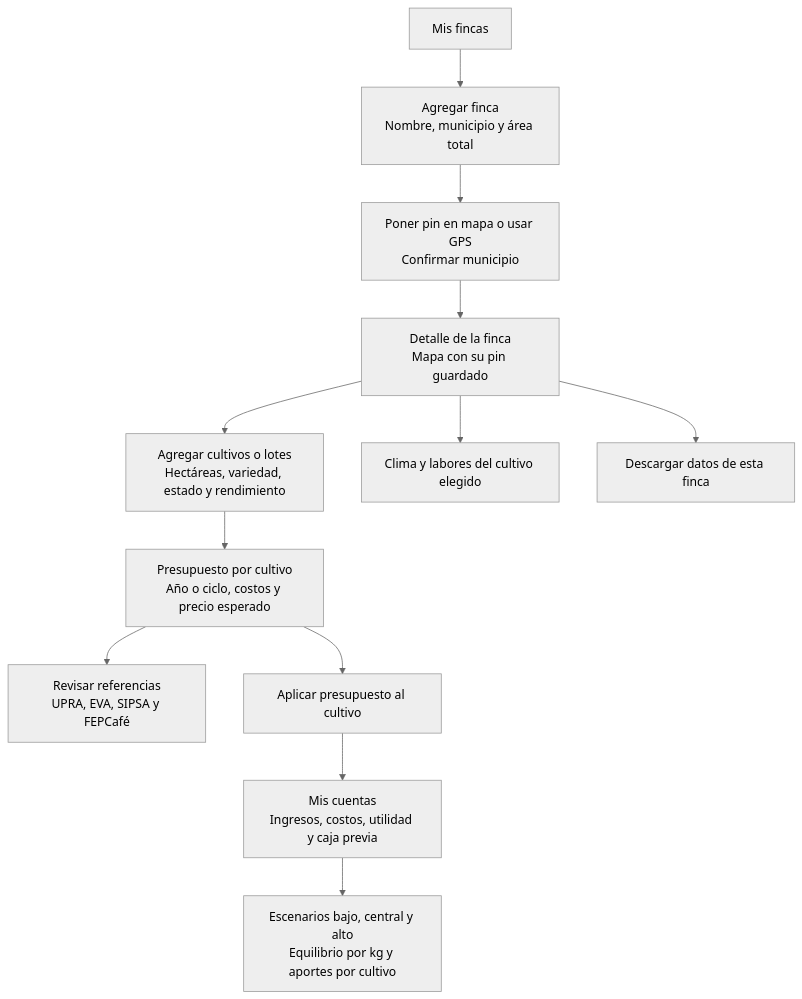
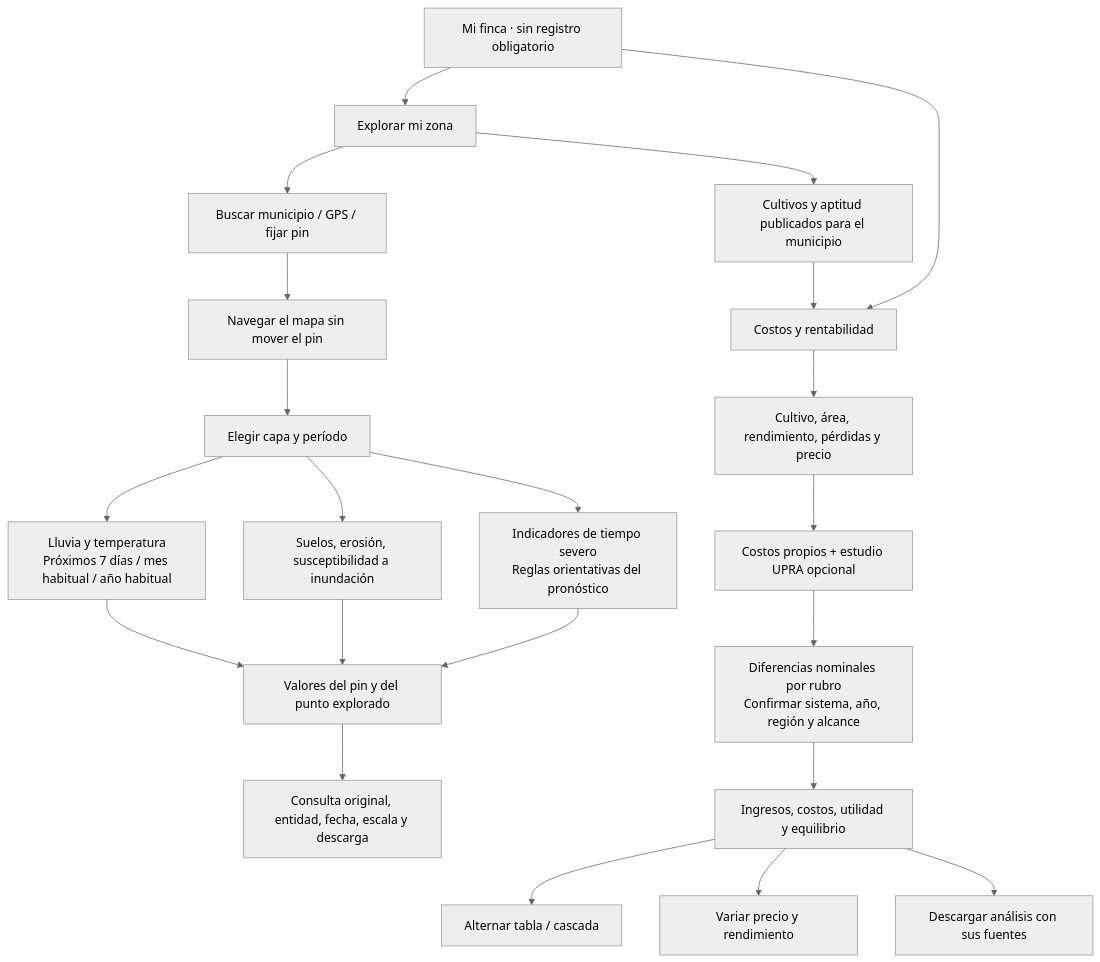
The fifth of 5 diagrams in docs/ARCHITECTURE.md (ethanrimes/agro-amigo-monorepo), drawn with Mermaid (neutral theme) before and after one commit. The commit also changed other lines of this file and 31 other files, not shown here.

Commit message:
Convierte Mi finca en un explorador territorial y análisis de rentabilidad

````diff
--- a/docs/ARCHITECTURE.md
+++ b/docs/ARCHITECTURE.md
@@ -86,14 +86,21 @@
 ```mermaid
 flowchart TD
-    lista["Mis fincas"] --> registro["Agregar finca<br/>Nombre, municipio y área total"]
-    registro --> ubicacion["Poner pin en mapa o usar GPS<br/>Confirmar municipio"]
-    ubicacion --> detalle["Detalle de la finca<br/>Mapa con su pin guardado"]
-    detalle --> cultivos["Agregar cultivos o lotes<br/>Hectáreas, variedad, estado y rendimiento"]
-    cultivos --> presupuesto["Presupuesto por cultivo<br/>Año o ciclo, costos y precio esperado"]
-    presupuesto --> evidencia["Revisar referencias<br/>UPRA, EVA, SIPSA y FEPCafé"]
-    presupuesto --> aplicar["Aplicar presupuesto al cultivo"]
-    aplicar --> resumen["Mis cuentas<br/>Ingresos, costos, utilidad y caja previa"]
-    resumen --> escenarios["Escenarios bajo, central y alto<br/>Equilibrio por kg y aportes por cultivo"]
-    detalle --> labores["Clima y labores del cultivo elegido"]
-    detalle --> exportar["Descargar datos de esta finca"]
+    entrada["Mi finca · sin registro obligatorio"] --> zona["Explorar mi zona"]
+    zona --> ubicar["Buscar municipio / GPS / fijar pin"]
+    ubicar --> explorar["Navegar el mapa sin mover el pin"]
+    explorar --> capas["Elegir capa y período"]
+    capas --> clima["Lluvia y temperatura<br/>Próximos 7 días / mes habitual / año habitual"]
+    capas --> terreno["Suelos, erosión, susceptibilidad a inundación"]
+    capas --> riesgo["Indicadores de tiempo severo<br/>Reglas orientativas del pronóstico"]
+    clima & terreno & riesgo --> valores["Valores del pin y del punto explorado"]
+    valores --> evidencia["Consulta original, entidad, fecha, escala y descarga"]
+    zona --> opciones["Cultivos y aptitud publicados para el municipio"]
+    entrada & opciones --> analisis["Costos y rentabilidad"]
+    analisis --> supuestos["Cultivo, área, rendimiento, pérdidas y precio"]
+    supuestos --> costos["Costos propios + estudio UPRA opcional"]
+    costos --> comparar["Diferencias nominales por rubro<br/>Confirmar sistema, año, región y alcance"]
+    comparar --> resultado["Ingresos, costos, utilidad y equilibrio"]
+    resultado --> vistas["Alternar tabla / cascada"]
+    resultado --> sensibilidad["Variar precio y rendimiento"]
+    resultado --> descargar["Descargar análisis con sus fuentes"]
 ```
````
